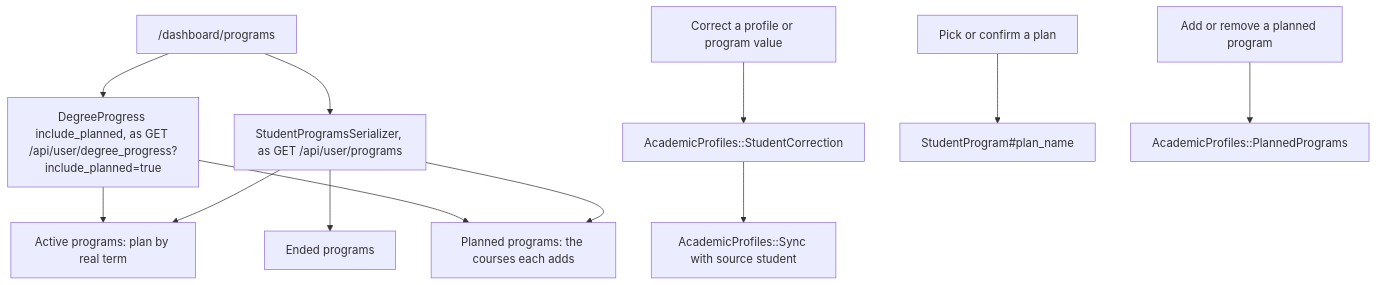
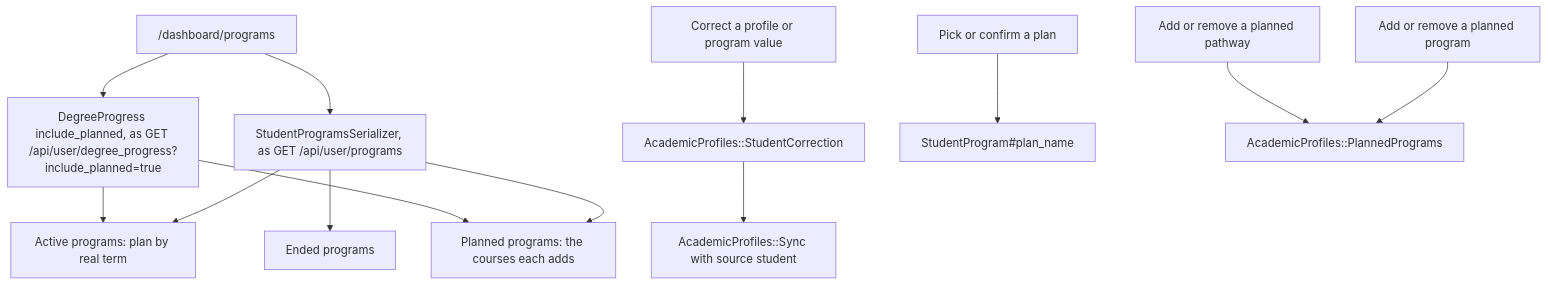
One commit to WITCodingClub/calendar-backend changed the fifth of 6 diagrams in docs/academic-profile.md. Above: the diagram before and after it, drawn with Mermaid. The commit also changed other lines of this file and 9 other files, not shown here.

````diff
--- a/docs/academic-profile.md
+++ b/docs/academic-profile.md
@@ -155,14 +155,15 @@
 ```mermaid
 flowchart TD
   P["/dashboard/programs"] --> S["StudentProgramsSerializer, as GET /api/user/programs"]
   P --> D["DegreeProgress include_planned, as GET /api/user/degree_progress?include_planned=true"]
   S --> A[Active programs: plan by real term]
   D --> A
   S --> W[Planned programs: the courses each adds]
   D --> W
   S --> E[Ended programs]
   C[Correct a profile or program value] --> X[AcademicProfiles::StudentCorrection]
   X --> Y[AcademicProfiles::Sync with source student]
   K[Pick or confirm a plan] --> N[StudentProgram#plan_name]
   L[Add or remove a planned program] --> M[AcademicProfiles::PlannedPrograms]
+  Q[Add or remove a planned pathway] --> M
 ```
````
